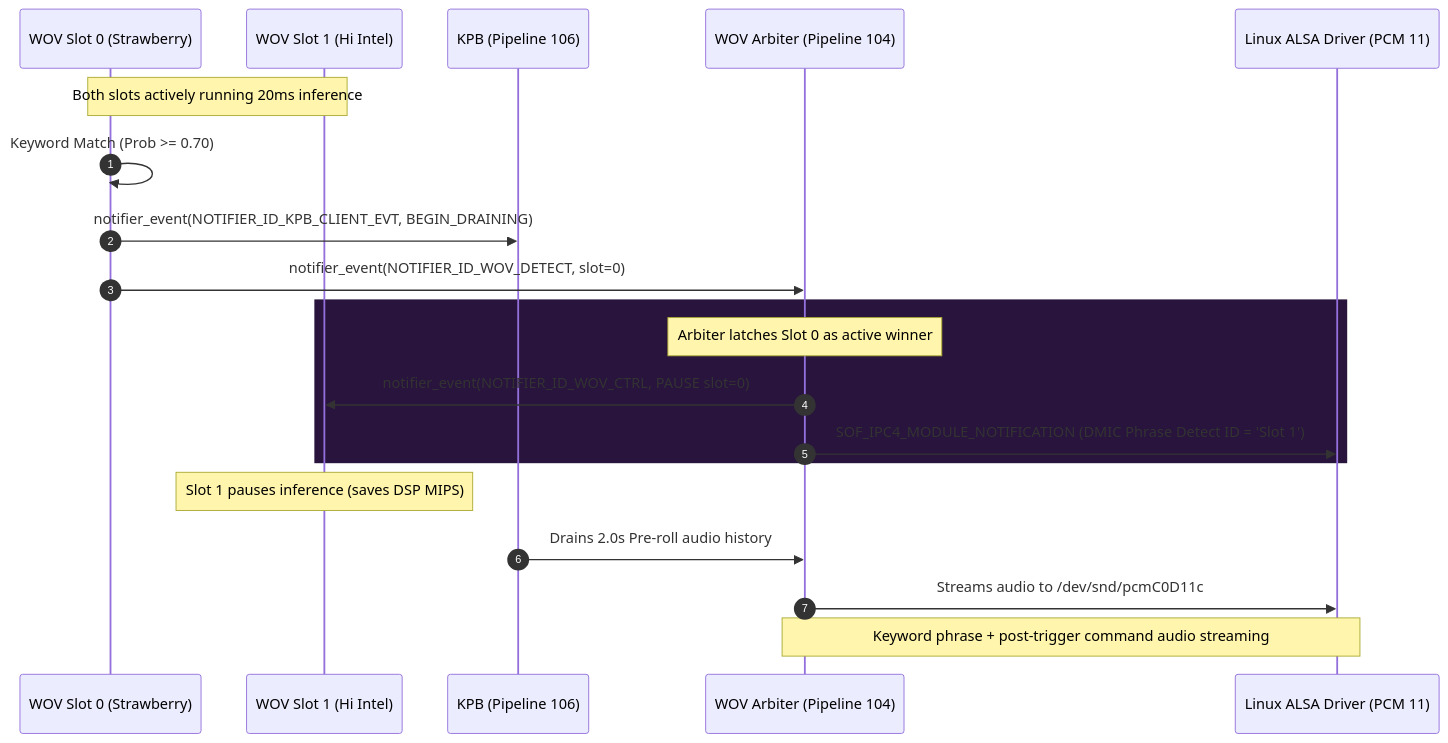
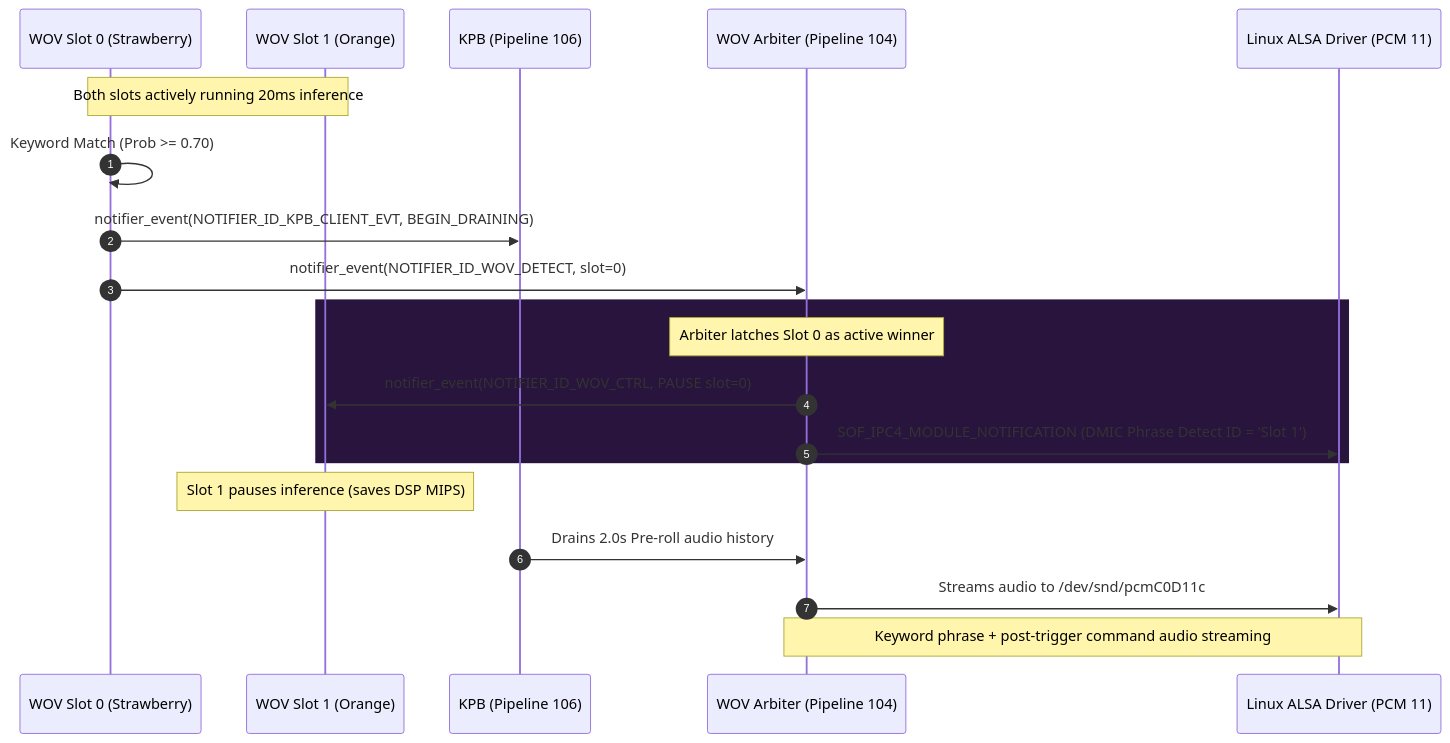
One commit to thesofproject/sof changed the second of 4 diagrams in doc/developer_guides/wov_ecns_integration_guide.md. Above: the diagram before and after it, drawn with Mermaid. The commit also changed 4 other files, not shown here.

First line of the commit message:
audio: microwakeword: swap hi intel and orange default slots

````diff
--- a/doc/developer_guides/wov_ecns_integration_guide.md
+++ b/doc/developer_guides/wov_ecns_integration_guide.md
@@ -304,25 +304,25 @@
 ```mermaid
 sequenceDiagram
     autonumber
     participant WOV0 as WOV Slot 0 (Strawberry)
-    participant WOV1 as WOV Slot 1 (Hi Intel)
+    participant WOV1 as WOV Slot 1 (Orange)
     participant KPB as KPB (Pipeline 106)
     participant ARB as WOV Arbiter (Pipeline 104)
     participant HOST as Linux ALSA Driver (PCM 11)
 
     Note over WOV0,WOV1: Both slots actively running 20ms inference
     WOV0->>WOV0: Keyword Match (Prob >= 0.70)
     WOV0->>KPB: notifier_event(NOTIFIER_ID_KPB_CLIENT_EVT, BEGIN_DRAINING)
     WOV0->>ARB: notifier_event(NOTIFIER_ID_WOV_DETECT, slot=0)
     
     rect rgb(40, 20, 60)
         Note over ARB: Arbiter latches Slot 0 as active winner
         ARB->>WOV1: notifier_event(NOTIFIER_ID_WOV_CTRL, PAUSE slot=0)
         ARB->>HOST: SOF_IPC4_MODULE_NOTIFICATION (DMIC Phrase Detect ID = 'Slot 1')
     end
     
     Note over WOV1: Slot 1 pauses inference (saves DSP MIPS)
     KPB->>ARB: Drains 2.0s Pre-roll audio history
     ARB->>HOST: Streams audio to /dev/snd/pcmC0D11c
     Note over ARB,HOST: Keyword phrase + post-trigger command audio streaming
 ```
````
